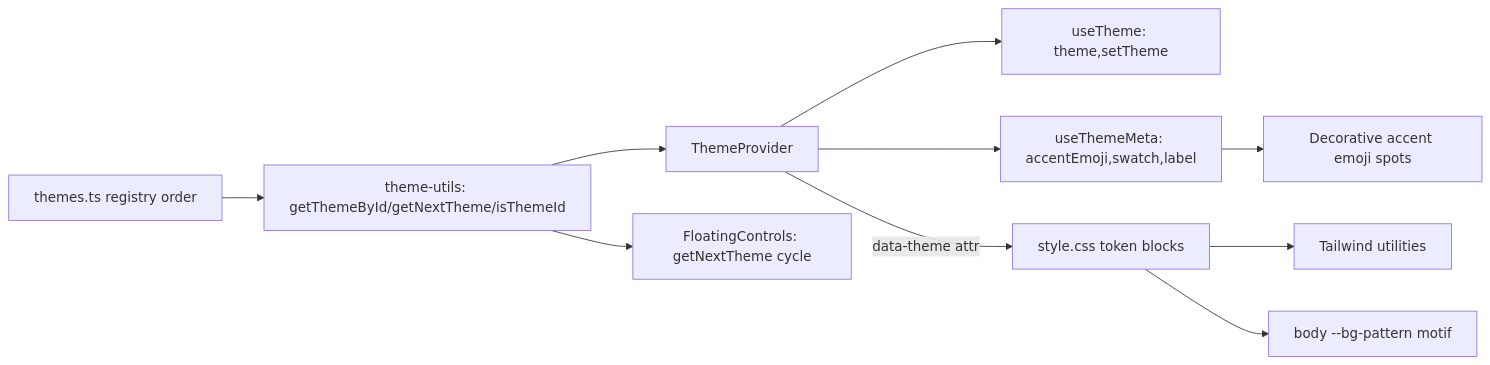
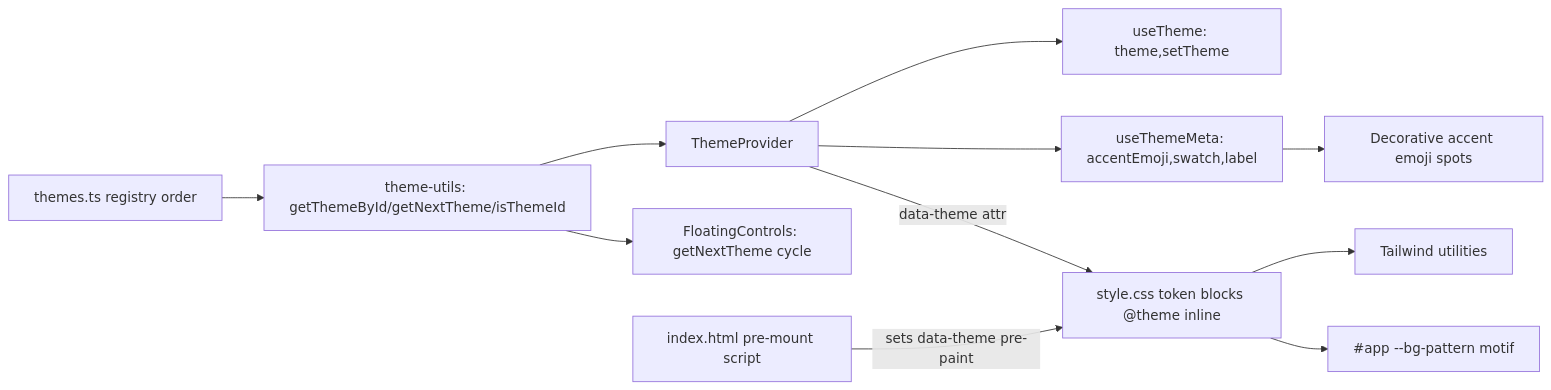
One commit to thanhdc-hn/memory-trip changed the diagram in docs/theme-moods-plan.md. Above: the diagram before and after it, drawn with Mermaid. The commit also changed other lines of this file and 55 other files, not shown here.

````diff
--- a/docs/theme-moods-plan.md
+++ b/docs/theme-moods-plan.md
@@ -49,12 +75,13 @@
 ```mermaid
 flowchart LR
   R[themes.ts registry order] --> H[theme-utils: getThemeById/getNextTheme/isThemeId]
   H --> P[ThemeProvider]
   P --> T1[useTheme: theme,setTheme]
   P --> T2[useThemeMeta: accentEmoji,swatch,label]
-  P -->|data-theme attr| C[style.css token blocks]
+  P -->|data-theme attr| C[style.css token blocks @theme inline]
   C --> U[Tailwind utilities]
-  C --> B[body --bg-pattern motif]
+  C --> B[#app --bg-pattern motif]
   H --> F[FloatingControls: getNextTheme cycle]
   T2 --> E[Decorative accent emoji spots]
+  IDX[index.html pre-mount script] -->|sets data-theme pre-paint| C
 ```
````
